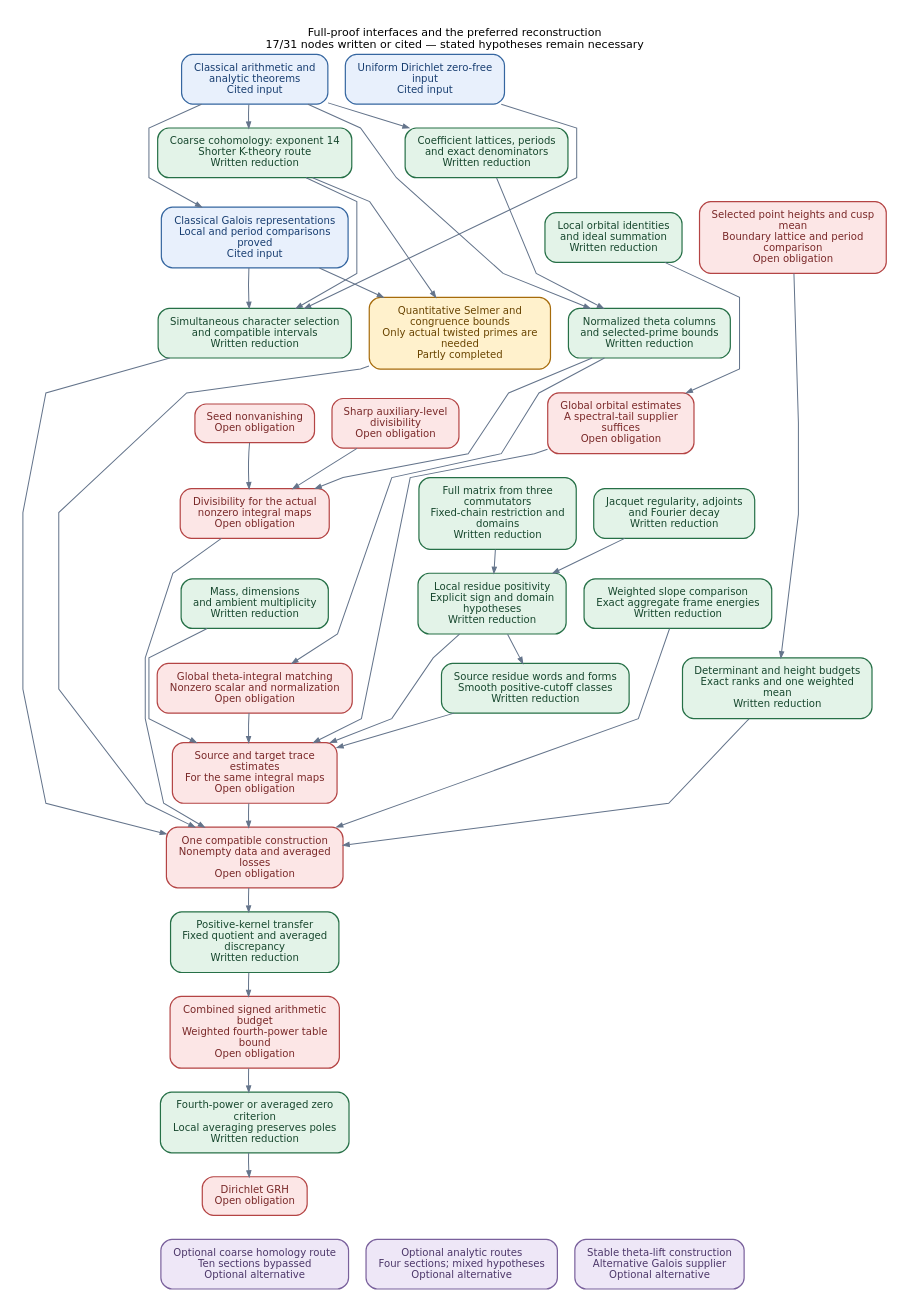
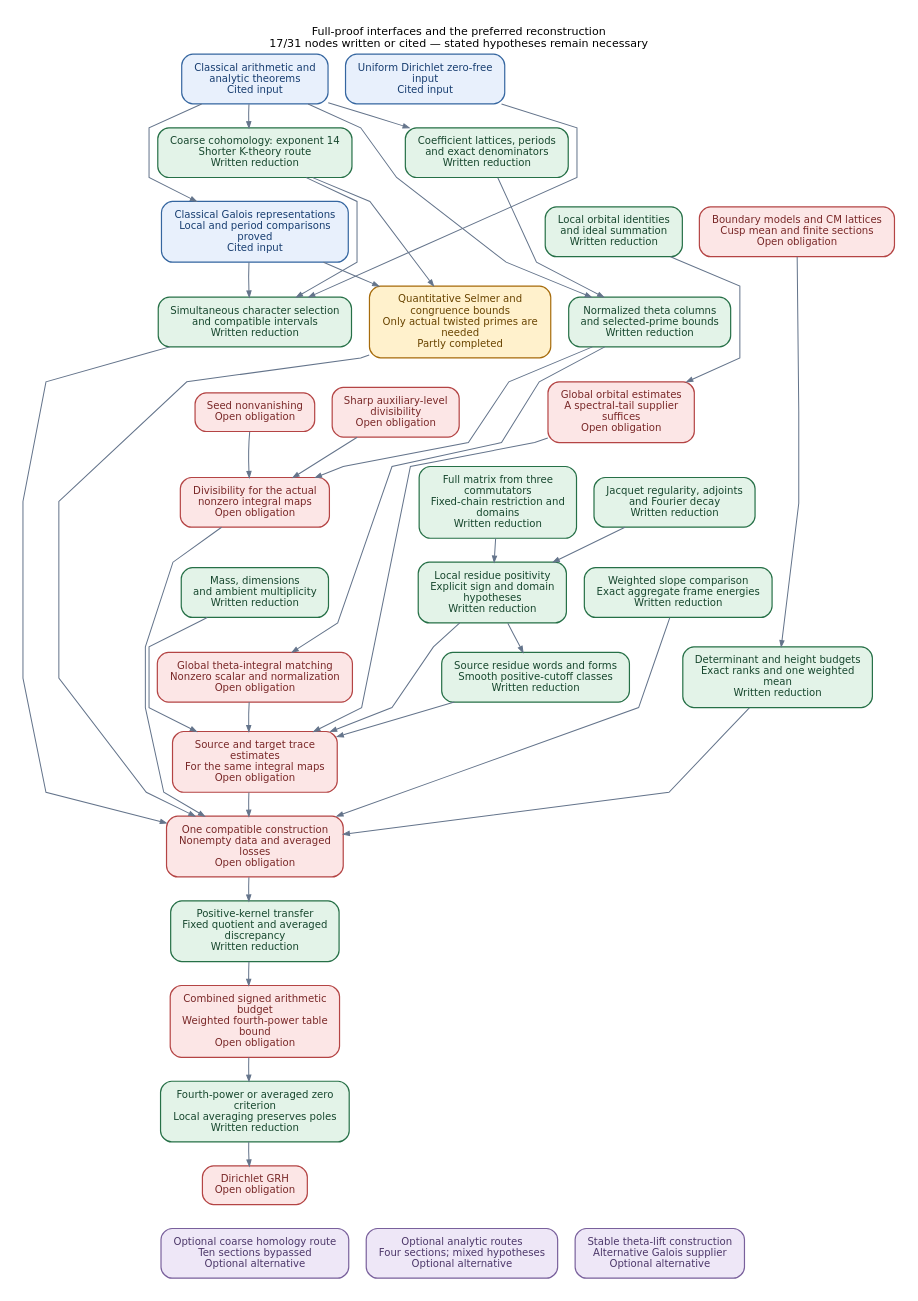
The diagram in blueprint/technical.dot (JoseBrox/GRH_distillation), drawn with Graphviz before and after one commit. The commit also changed 83 other files, not shown here.

```diff
--- a/blueprint/technical.dot
+++ b/blueprint/technical.dot
@@ -1,119 +1,119 @@
 digraph proof {
 graph [rankdir=TB, bgcolor="white", pad="0.24", nodesep="0.30", ranksep="0.48",
   fontname="DejaVu Sans", fontsize=12, labelloc=t, label="Full-proof interfaces and the preferred reconstruction\n17/31 nodes written or cited — stated hypotheses remain necessary", splines=polyline];
 node [shape=box, style="rounded,filled", fontname="DejaVu Sans", fontsize=11,
   margin="0.18,0.12", penwidth=1.3];
 edge [color="#64748B", penwidth=1.1, arrowsize=0.65];
 graph [nodesep="0.26", ranksep="0.36"];
 "qrh" [label="Uniform Dirichlet zero-free\ninput\nCited input", fillcolor="#E8F0FC", color="#3566A0", fontcolor="#173D70"];
 "classical" [label="Classical arithmetic and\nanalytic theorems\nCited input", fillcolor="#E8F0FC", color="#3566A0", fontcolor="#173D70"];
 "selection" [label="Simultaneous character selection\nand compatible intervals\nWritten reduction", fillcolor="#E3F3E8", color="#267047", fontcolor="#17472E"];
 "coarse" [label="Coarse cohomology: exponent 14\nShorter K-theory route\nWritten reduction", fillcolor="#E3F3E8", color="#267047", fontcolor="#17472E"];
 "refined" [label="Quantitative Selmer and\ncongruence bounds\nOnly actual twisted primes are\nneeded\nPartly completed", fillcolor="#FFF1CC", color="#A66B0B", fontcolor="#694400"];
 "coefficients" [label="Coefficient lattices, periods\nand exact denominators\nWritten reduction", fillcolor="#E3F3E8", color="#267047", fontcolor="#17472E"];
 "theta" [label="Normalized theta columns\nand selected-prime bounds\nWritten reduction", fillcolor="#E3F3E8", color="#267047", fontcolor="#17472E"];
 "seed" [label="Seed nonvanishing\nOpen obligation", fillcolor="#FCE6E6", color="#B44444", fontcolor="#792828"];
 "level" [label="Sharp auxiliary-level\ndivisibility\nOpen obligation", fillcolor="#FCE6E6", color="#B44444", fontcolor="#792828"];
 "divisibility" [label="Divisibility for the actual\nnonzero integral maps\nOpen obligation", fillcolor="#FCE6E6", color="#B44444", fontcolor="#792828"];
 "local_orbits" [label="Local orbital identities\nand ideal summation\nWritten reduction", fillcolor="#E3F3E8", color="#267047", fontcolor="#17472E"];
 "global_orbits" [label="Global orbital estimates\nA spectral-tail supplier\nsuffices\nOpen obligation", fillcolor="#FCE6E6", color="#B44444", fontcolor="#792828"];
 "dimensions" [label="Mass, dimensions\nand ambient multiplicity\nWritten reduction", fillcolor="#E3F3E8", color="#267047", fontcolor="#17472E"];
 "matrix" [label="Full matrix from three\ncommutators\nFixed-chain restriction and\ndomains\nWritten reduction", fillcolor="#E3F3E8", color="#267047", fontcolor="#17472E"];
 "jacquet" [label="Jacquet regularity, adjoints\nand Fourier decay\nWritten reduction", fillcolor="#E3F3E8", color="#267047", fontcolor="#17472E"];
 "residue" [label="Local residue positivity\nExplicit sign and domain\nhypotheses\nWritten reduction", fillcolor="#E3F3E8", color="#267047", fontcolor="#17472E"];
 "norms" [label="Source and target trace\nestimates\nFor the same integral maps\nOpen obligation", fillcolor="#FCE6E6", color="#B44444", fontcolor="#792828"];
 "slope" [label="Weighted slope comparison\nExact aggregate frame energies\nWritten reduction", fillcolor="#E3F3E8", color="#267047", fontcolor="#17472E"];
 "compatible" [label="One compatible construction\nNonempty data and averaged\nlosses\nOpen obligation", fillcolor="#FCE6E6", color="#B44444", fontcolor="#792828"];
 "bound" [label="Combined signed arithmetic\nbudget\nWeighted fourth-power table\nbound\nOpen obligation", fillcolor="#FCE6E6", color="#B44444", fontcolor="#792828"];
 "criterion" [label="Fourth-power or averaged zero\ncriterion\nLocal averaging preserves poles\nWritten reduction", fillcolor="#E3F3E8", color="#267047", fontcolor="#17472E"];
 "grh" [label="Dirichlet GRH\nOpen obligation", fillcolor="#FCE6E6", color="#B44444", fontcolor="#792828"];
 "alt_homology" [label="Optional coarse homology route\nTen sections bypassed\nOptional alternative", fillcolor="#EEE7F7", color="#79609C", fontcolor="#4C3769"];
 "alt_analytic" [label="Optional analytic routes\nFour sections; mixed hypotheses\nOptional alternative", fillcolor="#EEE7F7", color="#79609C", fontcolor="#4C3769"];
 "galois" [label="Classical Galois representations\nLocal and period comparisons\nproved\nCited input", fillcolor="#E8F0FC", color="#3566A0", fontcolor="#173D70"];
 "stable_lift" [label="Stable theta-lift construction\nAlternative Galois supplier\nOptional alternative", fillcolor="#EEE7F7", color="#79609C", fontcolor="#4C3769"];
 "theta_identity" [label="Global theta-integral matching\nNonzero scalar and normalization\nOpen obligation", fillcolor="#FCE6E6", color="#B44444", fontcolor="#792828"];
-"geometry" [label="Selected point heights and cusp\nmean\nBoundary lattice and period\ncomparison\nOpen obligation", fillcolor="#FCE6E6", color="#B44444", fontcolor="#792828"];
+"geometry" [label="Boundary models and CM lattices\nCusp mean and finite sections\nOpen obligation", fillcolor="#FCE6E6", color="#B44444", fontcolor="#792828"];
 "source_dictionary" [label="Source residue words and forms\nSmooth positive-cutoff classes\nWritten reduction", fillcolor="#E3F3E8", color="#267047", fontcolor="#17472E"];
 "covolume_defect" [label="Determinant and height budgets\nExact ranks and one weighted\nmean\nWritten reduction", fillcolor="#E3F3E8", color="#267047", fontcolor="#17472E"];
 "averaging" [label="Positive-kernel transfer\nFixed quotient and averaged\ndiscrepancy\nWritten reduction", fillcolor="#E3F3E8", color="#267047", fontcolor="#17472E"];
 "qrh" -> "selection";
 "classical" -> "coarse";
 "coarse" -> "selection";
 "coarse" -> "refined";
 "classical" -> "coefficients";
 "classical" -> "theta";
 "coefficients" -> "theta";
 "theta" -> "divisibility";
 "seed" -> "divisibility";
 "level" -> "divisibility";
 "local_orbits" -> "global_orbits";
 "global_orbits" -> "norms";
 "dimensions" -> "norms";
 "matrix" -> "residue";
 "jacquet" -> "residue";
 "residue" -> "norms";
 "selection" -> "compatible";
 "refined" -> "compatible";
 "divisibility" -> "compatible";
 "norms" -> "compatible";
 "slope" -> "compatible";
 "bound" -> "criterion";
 "criterion" -> "grh";
 "galois" -> "selection";
 "galois" -> "refined";
 "theta" -> "theta_identity";
 "theta_identity" -> "norms";
 "residue" -> "source_dictionary";
 "source_dictionary" -> "norms";
 "geometry" -> "covolume_defect";
 "covolume_defect" -> "compatible";
 "compatible" -> "averaging";
 "averaging" -> "bound";
 "classical" -> "galois";
 {rank=same; "classical"; "qrh";}
 {rank=same; "coarse"; "coefficients";}
 {rank=same; "galois"; "local_orbits"; "geometry";}
 {rank=same; "selection"; "refined"; "theta";}
 {rank=same; "seed"; "level"; "global_orbits";}
 {rank=same; "divisibility"; "matrix"; "jacquet";}
 {rank=same; "dimensions"; "residue"; "slope";}
 {rank=same; "theta_identity"; "source_dictionary"; "covolume_defect";}
 {rank=same; "norms";}
 {rank=same; "compatible";}
 {rank=same; "averaging";}
 {rank=same; "bound";}
 {rank=same; "criterion";}
 {rank=same; "grh";}
 {rank=same; "alt_homology"; "alt_analytic"; "stable_lift";}
 // Invisible edges below control layout only; they are not proof interfaces.
 "classical" -> "qrh" [style=invis, weight=50];
 "coarse" -> "coefficients" [style=invis, weight=50];
 "galois" -> "local_orbits" [style=invis, weight=50];
 "local_orbits" -> "geometry" [style=invis, weight=50];
 "selection" -> "refined" [style=invis, weight=50];
 "refined" -> "theta" [style=invis, weight=50];
 "seed" -> "level" [style=invis, weight=50];
 "level" -> "global_orbits" [style=invis, weight=50];
 "divisibility" -> "matrix" [style=invis, weight=50];
 "matrix" -> "jacquet" [style=invis, weight=50];
 "dimensions" -> "residue" [style=invis, weight=50];
 "residue" -> "slope" [style=invis, weight=50];
 "theta_identity" -> "source_dictionary" [style=invis, weight=50];
 "source_dictionary" -> "covolume_defect" [style=invis, weight=50];
 "alt_homology" -> "alt_analytic" [style=invis, weight=50];
 "alt_analytic" -> "stable_lift" [style=invis, weight=50];
 "classical" -> "coarse" [style=invis, weight=50];
 "coarse" -> "galois" [style=invis, weight=50];
 "galois" -> "selection" [style=invis, weight=50];
 "selection" -> "seed" [style=invis, weight=50];
 "seed" -> "divisibility" [style=invis, weight=50];
 "divisibility" -> "dimensions" [style=invis, weight=50];
 "dimensions" -> "theta_identity" [style=invis, weight=50];
 "theta_identity" -> "norms" [style=invis, weight=50];
 "norms" -> "compatible" [style=invis, weight=50];
 "compatible" -> "averaging" [style=invis, weight=50];
 "averaging" -> "bound" [style=invis, weight=50];
 "bound" -> "criterion" [style=invis, weight=50];
 "criterion" -> "grh" [style=invis, weight=50];
 "grh" -> "alt_homology" [style=invis, weight=50];
 }
```
